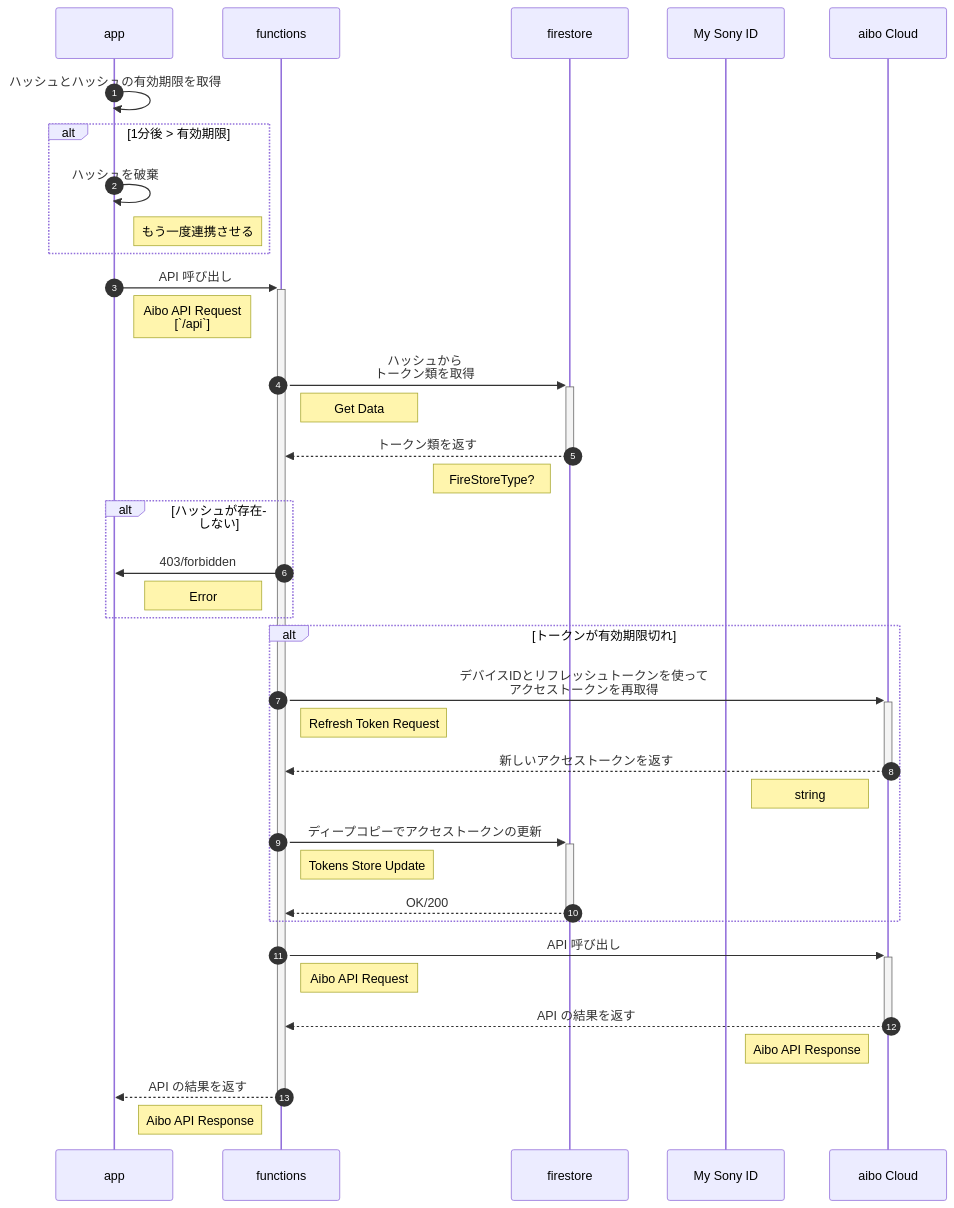
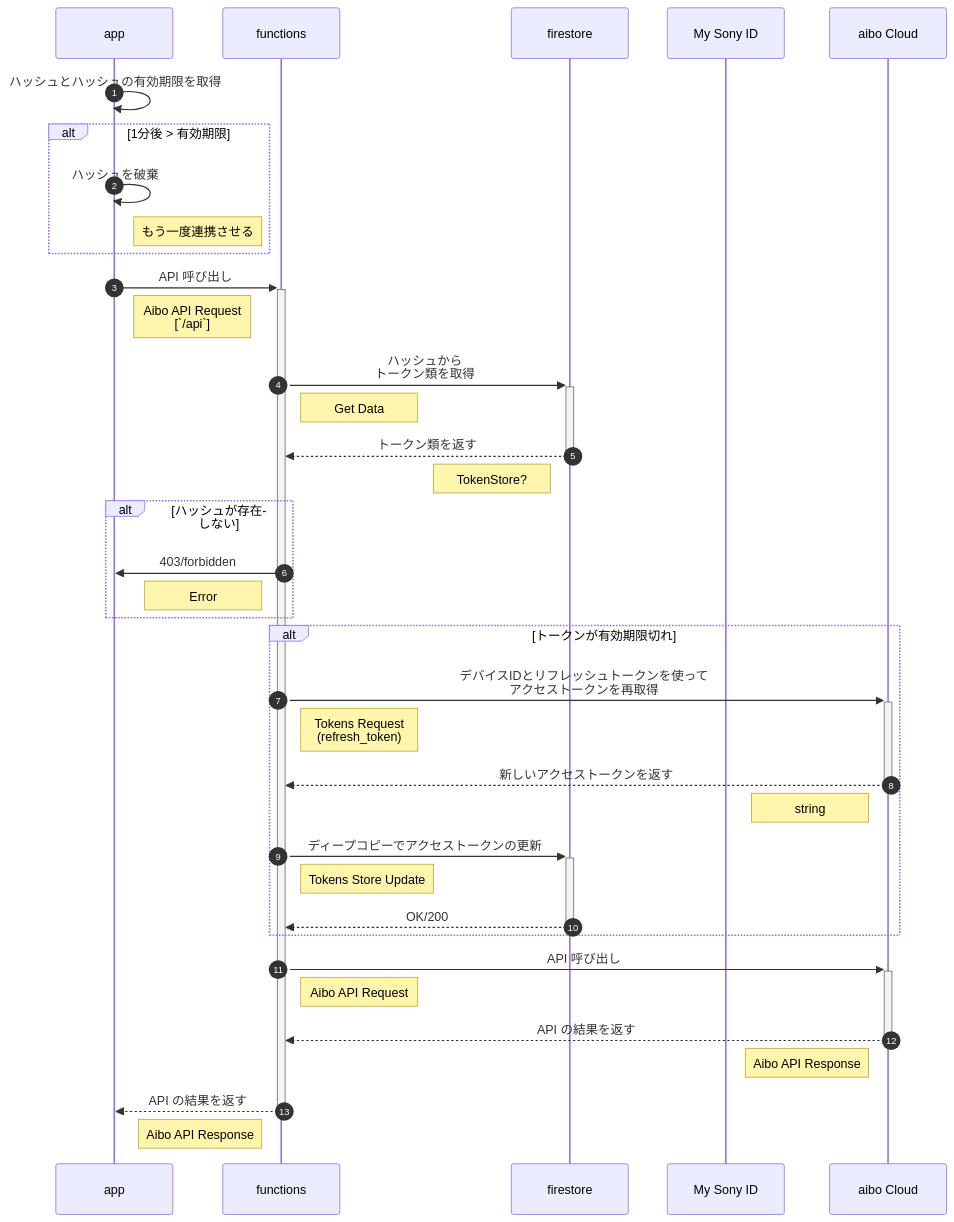
The second of 4 diagrams in README.md (misc-org/aibo-de-quiz), drawn with Mermaid before and after one commit. The commit also changed other lines of this file, not shown here.

Commit message:
📝 シーケンス図更新

````diff
--- a/README.md
+++ b/README.md
@@ -88,49 +88,49 @@
 ```mermaid
 sequenceDiagram
   autonumber
 	participant app
 	participant functions
 	participant firestore
 	participant My Sony ID
   participant aibo Cloud
 
   app ->> app: ハッシュとハッシュの有効期限を取得
   alt 1分後 > 有効期限
     app ->> app: ハッシュを破棄
     Note right of app: もう一度連携させる
   end
 
   app ->>+ functions: API 呼び出し
   Note right of app: Aibo API Request <br /> [`/api`]
 
   functions ->>+ firestore: ハッシュから <br /> トークン類を取得
   Note right of functions: Get Data
 
   firestore -->>- functions: トークン類を返す
-  Note left of firestore: FireStoreType?
+  Note left of firestore: TokenStore?
 
   alt ハッシュが存在しない
     functions ->> app: 403/forbidden
     Note left of functions: Error
   end
 
   alt トークンが有効期限切れ
     functions ->>+ aibo Cloud: デバイスIDとリフレッシュトークンを使って<br />アクセストークンを再取得
-    Note right of functions: Refresh Token Request
+    Note right of functions: Tokens Request <br /> (refresh_token)
 
     aibo Cloud -->>- functions: 新しいアクセストークンを返す
     Note left of aibo Cloud: string
 
     functions ->>+ firestore: ディープコピーでアクセストークンの更新
     Note right of functions: Tokens Store Update
     firestore -->>- functions: OK/200
   end
 
   functions ->>+ aibo Cloud: API 呼び出し
   Note right of functions: Aibo API Request
   aibo Cloud -->>- functions: API の結果を返す
   Note left of aibo Cloud: Aibo API Response
 
   functions -->>- app: API の結果を返す
   Note left of functions: Aibo API Response
 ```
````
